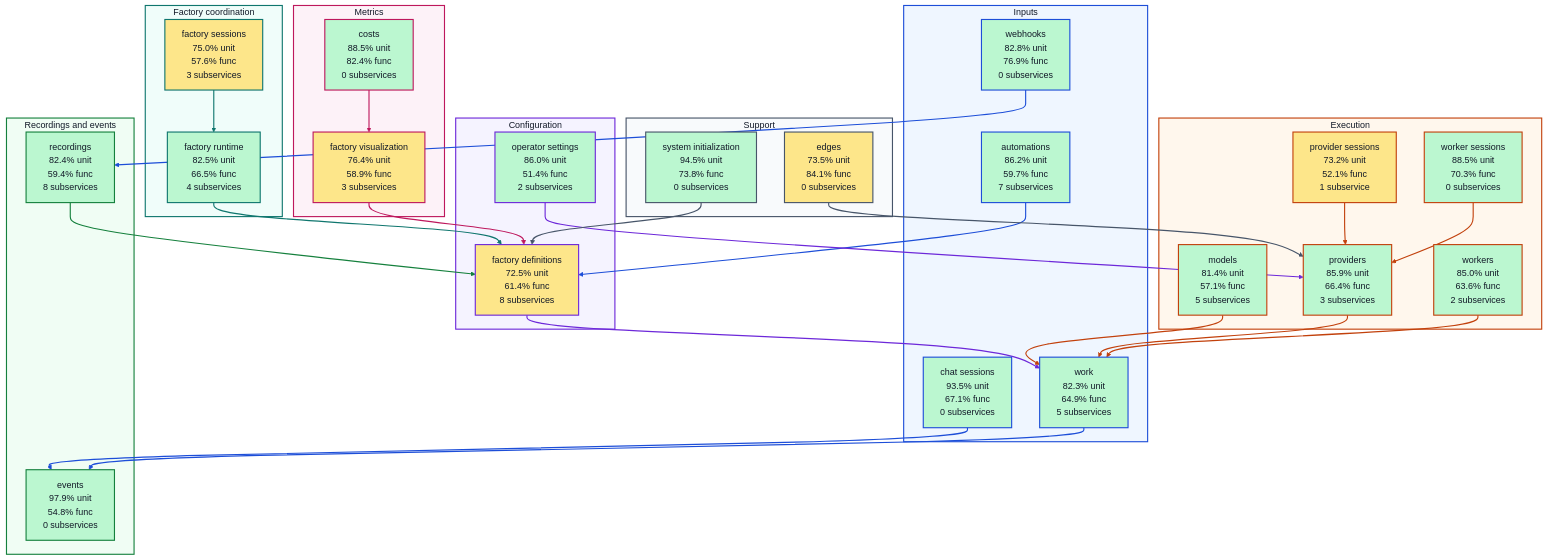
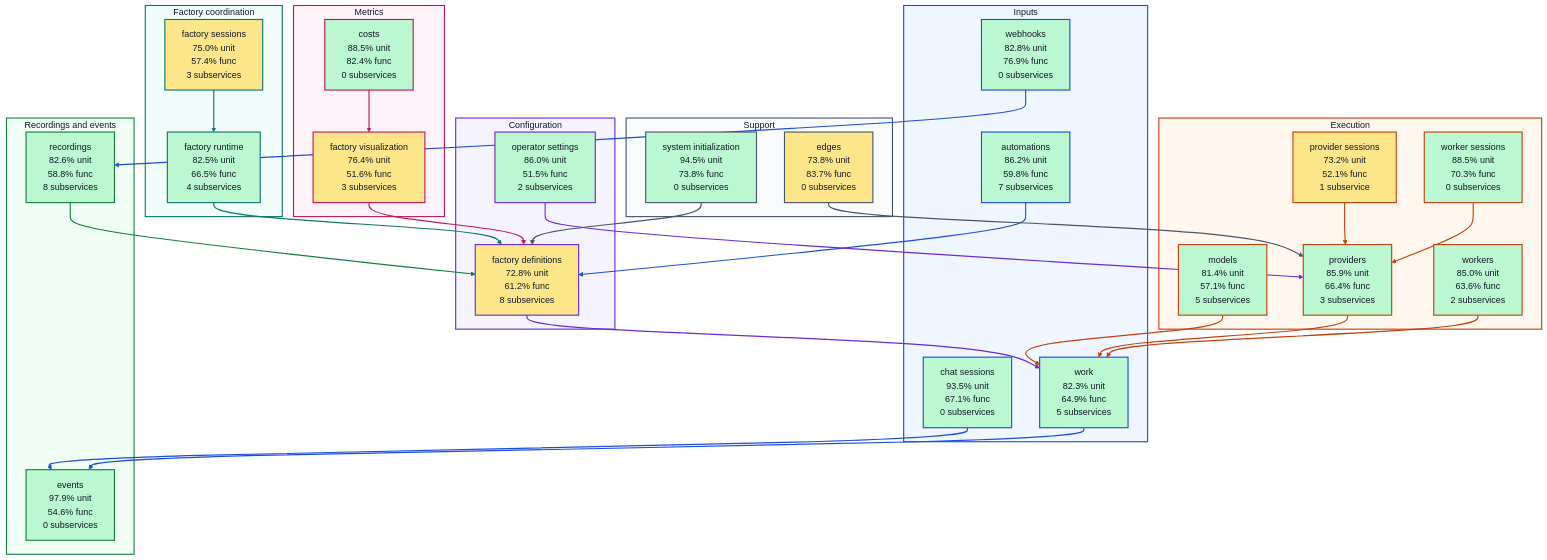
The diagram in docs/architecture/visualizations/high-level-test-coverage.md (portpowered/you-agent-factory), drawn with Mermaid (forest theme) before and after one commit. The commit also changed other lines of this file and 20 other files, not shown here.

Commit message:
docs: refresh backend architecture visualizations

````diff
--- a/docs/architecture/visualizations/high-level-test-coverage.md
+++ b/docs/architecture/visualizations/high-level-test-coverage.md
@@ -11,18 +11,18 @@
 ```mermaid
 flowchart TB
   subgraph input["Inputs"]
-    s_services_automations["automations<br/>86.2% unit<br/>59.7% func<br/>7 subservices"]
+    s_services_automations["automations<br/>86.2% unit<br/>59.8% func<br/>7 subservices"]
     s_services_chat_sessions["chat sessions<br/>93.5% unit<br/>67.1% func<br/>0 subservices"]
     s_services_webhooks["webhooks<br/>82.8% unit<br/>76.9% func<br/>0 subservices"]
     s_services_work["work<br/>82.3% unit<br/>64.9% func<br/>5 subservices"]
   end
   subgraph configuration["Configuration"]
-    s_services_factory_definitions["factory definitions<br/>72.5% unit<br/>61.4% func<br/>8 subservices"]
-    s_services_operator_settings["operator settings<br/>86.0% unit<br/>51.4% func<br/>2 subservices"]
+    s_services_factory_definitions["factory definitions<br/>72.8% unit<br/>61.2% func<br/>8 subservices"]
+    s_services_operator_settings["operator settings<br/>86.0% unit<br/>51.5% func<br/>2 subservices"]
   end
   subgraph coordination["Factory coordination"]
     s_services_factory_runtime["factory runtime<br/>82.5% unit<br/>66.5% func<br/>4 subservices"]
-    s_services_factory_sessions["factory sessions<br/>75.0% unit<br/>57.6% func<br/>3 subservices"]
+    s_services_factory_sessions["factory sessions<br/>75.0% unit<br/>57.4% func<br/>3 subservices"]
   end
   subgraph execution["Execution"]
     s_services_models["models<br/>81.4% unit<br/>57.1% func<br/>5 subservices"]
@@ -32,15 +32,15 @@
     s_services_workers["workers<br/>85.0% unit<br/>63.6% func<br/>2 subservices"]
   end
   subgraph recordings["Recordings and events"]
-    s_services_events["events<br/>97.9% unit<br/>54.8% func<br/>0 subservices"]
-    s_services_recordings["recordings<br/>82.4% unit<br/>59.4% func<br/>8 subservices"]
+    s_services_events["events<br/>97.9% unit<br/>54.6% func<br/>0 subservices"]
+    s_services_recordings["recordings<br/>82.6% unit<br/>58.8% func<br/>8 subservices"]
   end
   subgraph metrics["Metrics"]
     s_services_costs["costs<br/>88.5% unit<br/>82.4% func<br/>0 subservices"]
-    s_services_factory_visualization["factory visualization<br/>76.4% unit<br/>58.9% func<br/>3 subservices"]
+    s_services_factory_visualization["factory visualization<br/>76.4% unit<br/>51.6% func<br/>3 subservices"]
   end
   subgraph support["Support"]
-    s_services_edges["edges<br/>73.5% unit<br/>84.1% func<br/>0 subservices"]
+    s_services_edges["edges<br/>73.8% unit<br/>83.7% func<br/>0 subservices"]
     s_services_system_initialization["system initialization<br/>94.5% unit<br/>73.8% func<br/>0 subservices"]
   end
   s_services_automations --> s_services_factory_definitions
````
